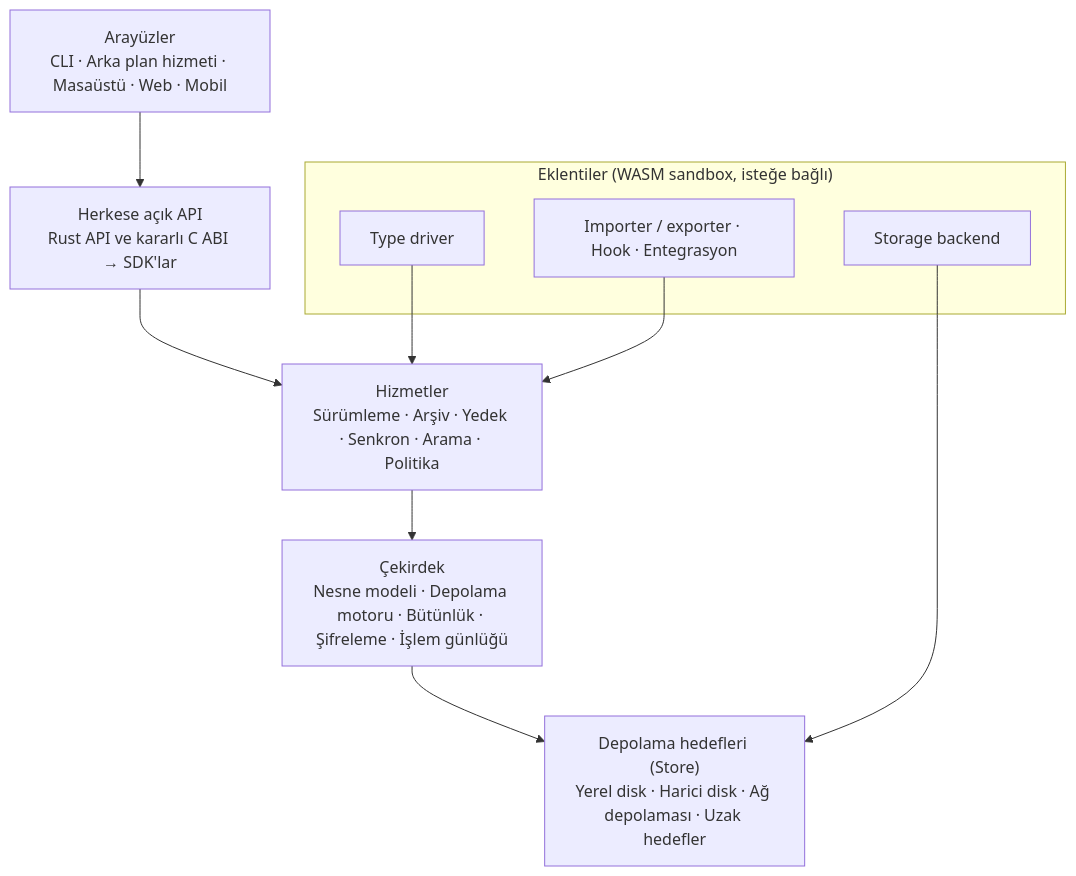
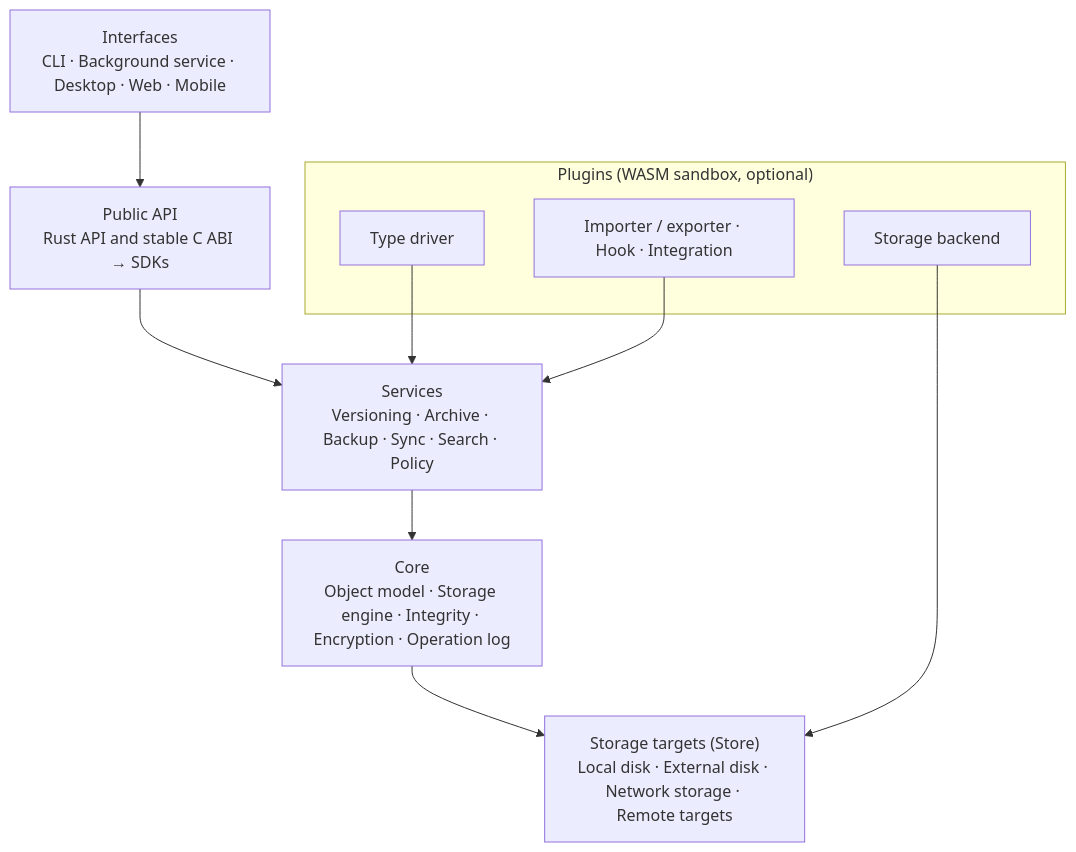
The diagram in docs/VISION.md (efe-clk/apeiron), drawn with Mermaid before and after one commit. The commit also changed other lines of this file and 21 other files, not shown here.

````diff
--- a/docs/VISION.md
+++ b/docs/VISION.md
@@ -43,17 +47,17 @@
 ```mermaid
 flowchart TB
-    UI["Arayüzler<br/>CLI · Arka plan hizmeti · Masaüstü · Web · Mobil"]
-    API["Herkese açık API<br/>Rust API ve kararlı C ABI → SDK'lar"]
-    SVC["Hizmetler<br/>Sürümleme · Arşiv · Yedek · Senkron · Arama · Politika"]
-    CORE["Çekirdek<br/>Nesne modeli · Depolama motoru · Bütünlük · Şifreleme · İşlem günlüğü"]
-    STORE["Depolama hedefleri (Store)<br/>Yerel disk · Harici disk · Ağ depolaması · Uzak hedefler"]
-    subgraph PLUG["Eklentiler (WASM sandbox, isteğe bağlı)"]
+    UI["Interfaces<br/>CLI · Background service · Desktop · Web · Mobile"]
+    API["Public API<br/>Rust API and stable C ABI → SDKs"]
+    SVC["Services<br/>Versioning · Archive · Backup · Sync · Search · Policy"]
+    CORE["Core<br/>Object model · Storage engine · Integrity · Encryption · Operation log"]
+    STORE["Storage targets (Store)<br/>Local disk · External disk · Network storage · Remote targets"]
+    subgraph PLUG["Plugins (WASM sandbox, optional)"]
         TD["Type driver"]
         SB["Storage backend"]
-        OTH["Importer / exporter · Hook · Entegrasyon"]
+        OTH["Importer / exporter · Hook · Integration"]
     end
     UI --> API --> SVC --> CORE --> STORE
     TD --> SVC
     OTH --> SVC
     SB --> STORE
 ```
````
